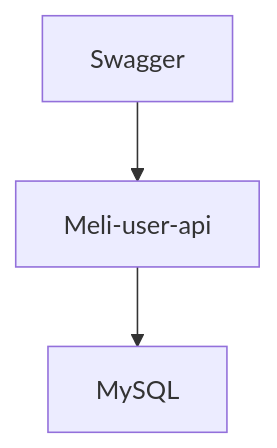
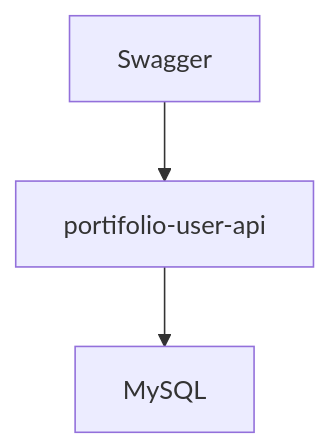
The diagram in README.md (gmsdev04/portifolio-user-api), drawn with Mermaid before and after one commit. The commit also changed other lines of this file, not shown here.

````diff
--- a/README.md
+++ b/README.md
@@ -80,5 +80,5 @@
 ```mermaid
 graph TD; 
-    Swagger --> Meli-user-api
-    Meli-user-api-->MySQL;
+    Swagger --> portifolio-user-api
+    portifolio-user-api-->MySQL;
 ```
````
